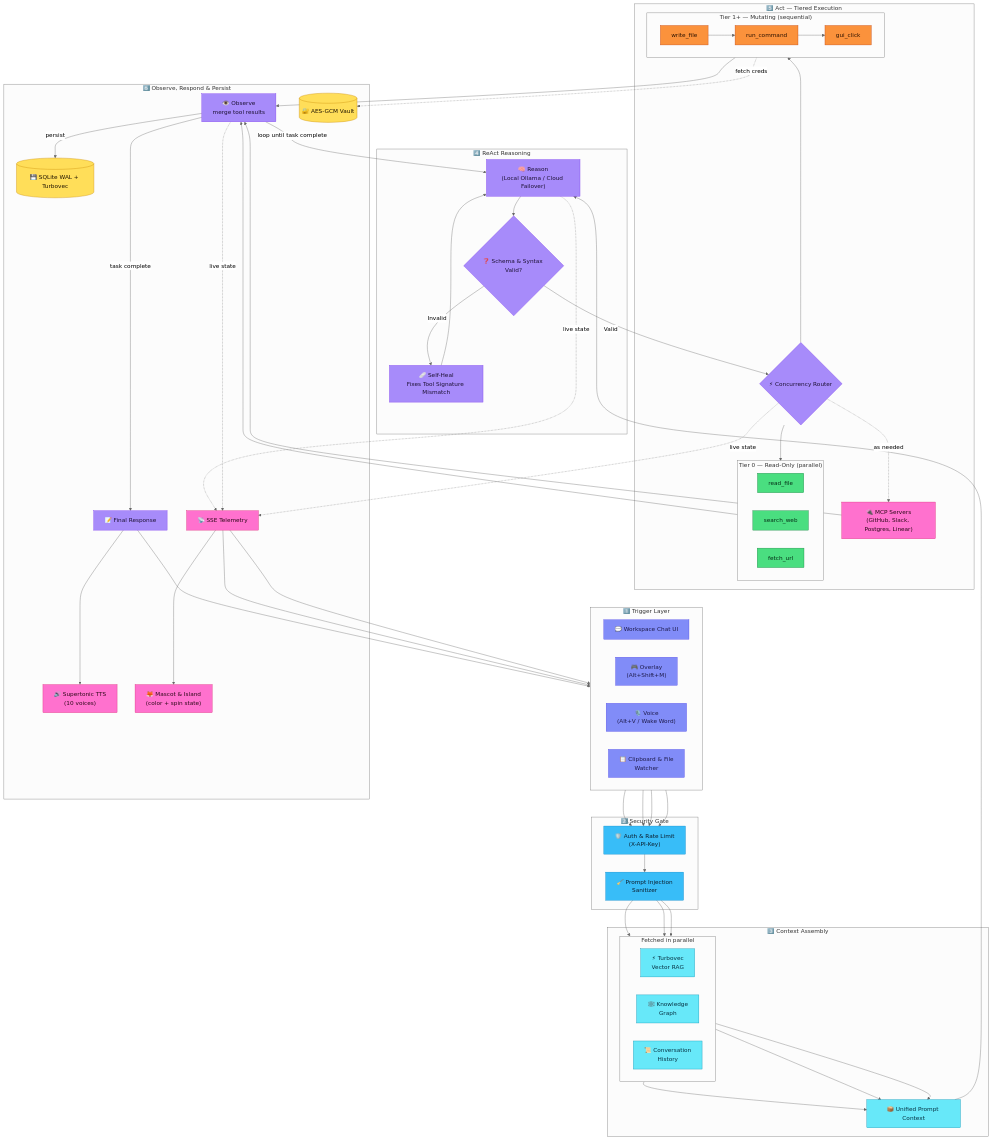
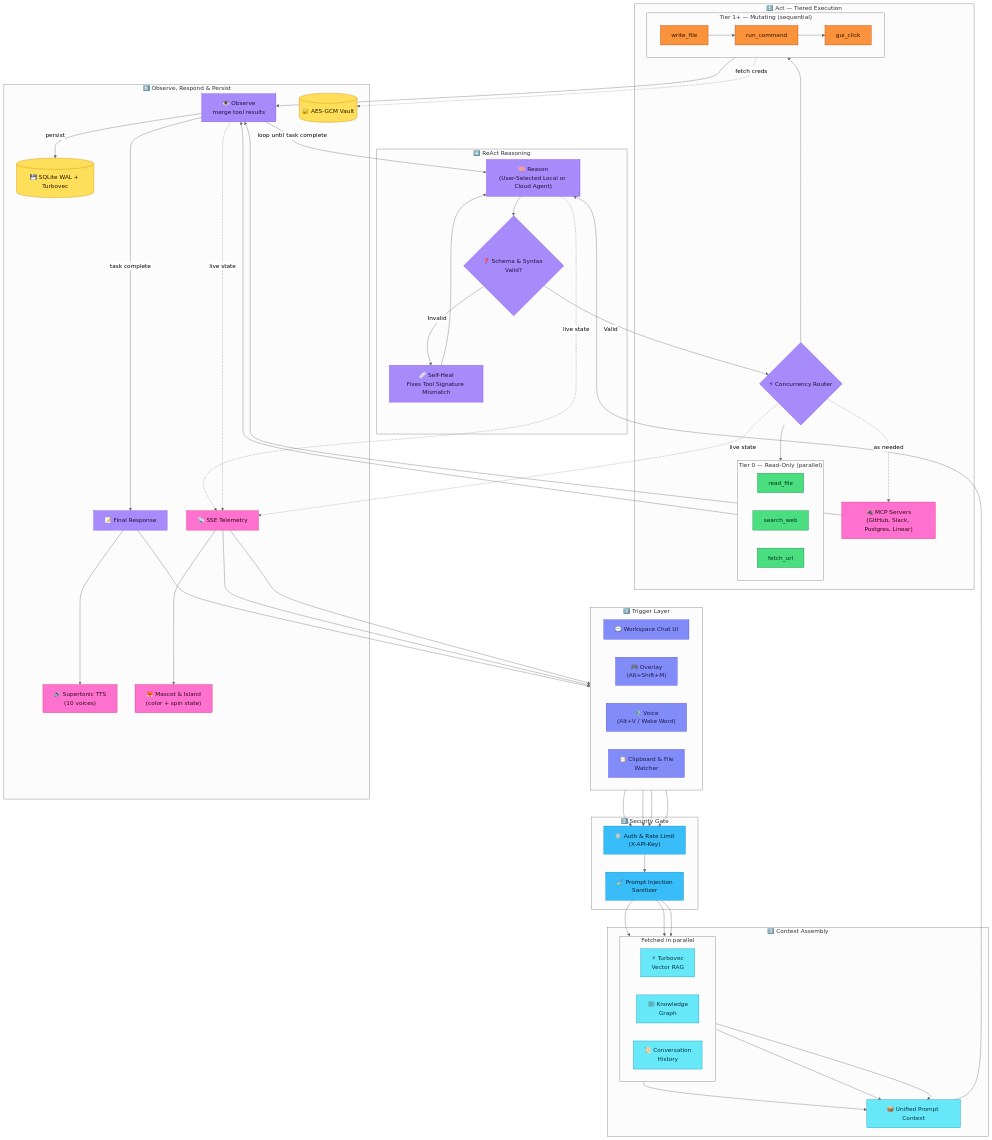
One commit to Aryan4132/Meridian-X changed the diagram in README.md. Above: the diagram before and after it, drawn with Mermaid (neutral theme). The commit also changed other lines of this file, not shown here.

Commit message:
docs(readme): generalize AI agent model provider section to user-selected local or cloud models

```diff
--- a/README.md
+++ b/README.md
@@ -134,7 +134,7 @@
     end
 
     subgraph Core["4️⃣ ReAct Reasoning"]
-        LLM["🧠 Reason<br/>(Local Ollama / Cloud Failover)"]
+        LLM["🧠 Reason<br/>(User-Selected Local or Cloud Agent)"]
         CHECK{"❓ Schema & Syntax Valid?"}
         HEAL["🩹 Self-Heal<br/>Fixes Tool Signature Mismatch"]
         LLM --> CHECK
```
